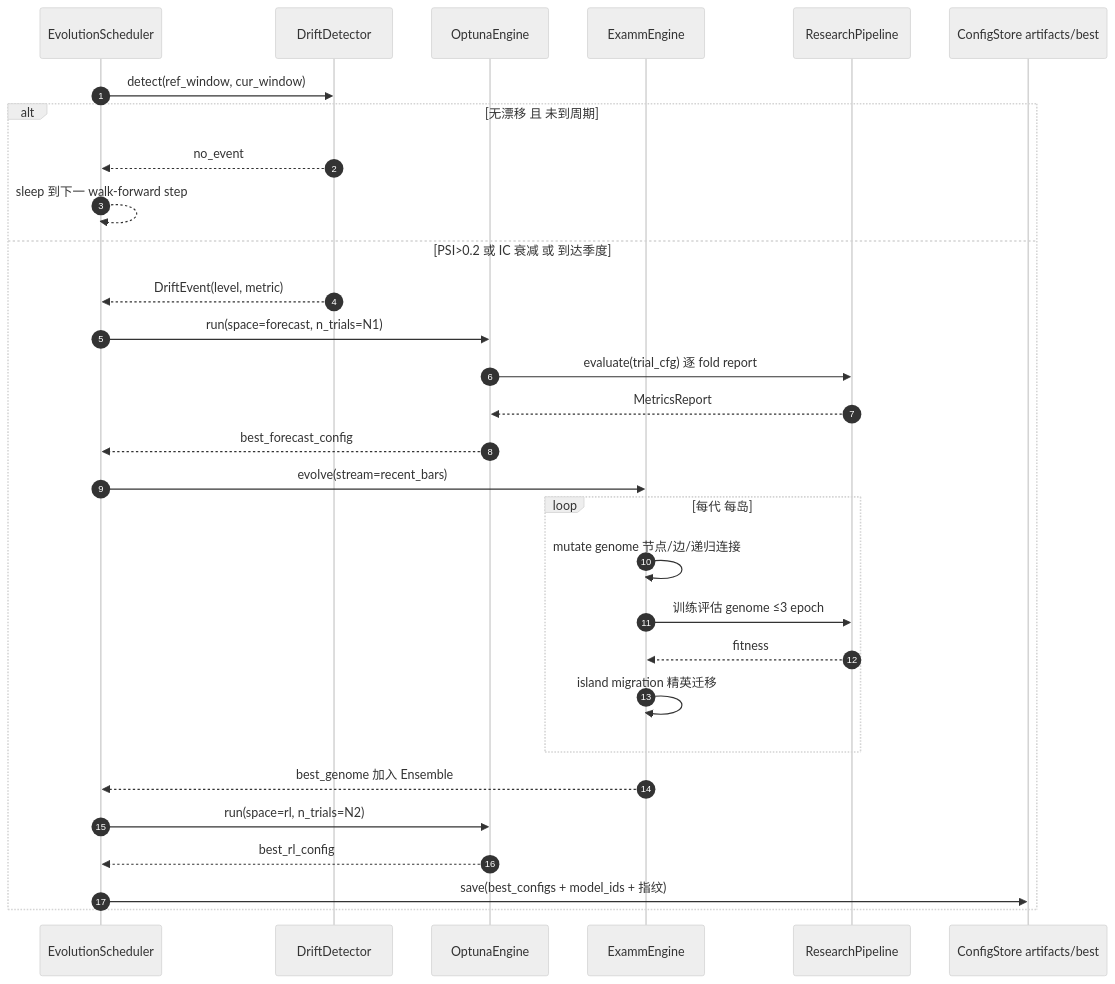
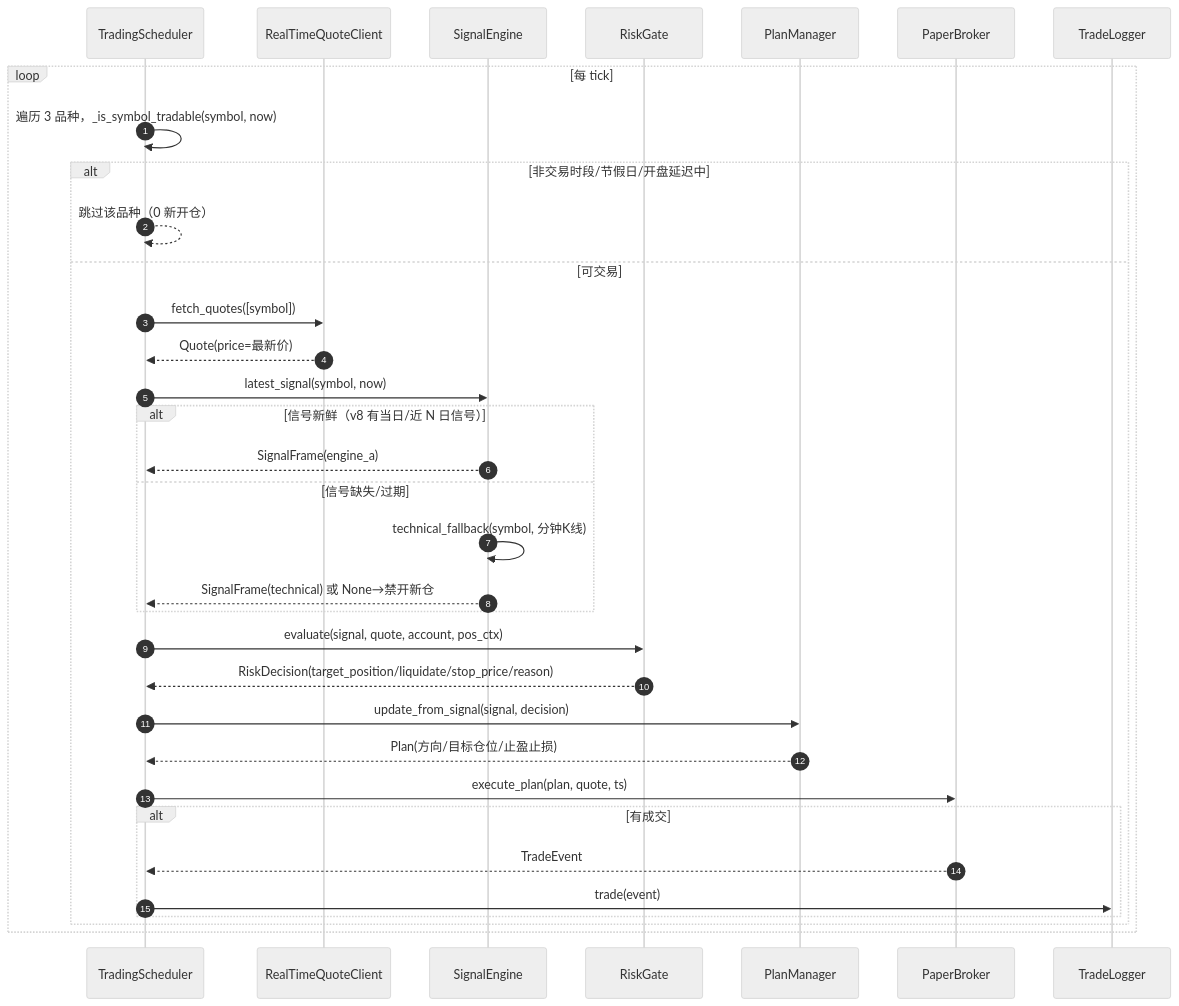
One commit to cloudhu/HexBroker changed the third of 5 diagrams in docs/system_design.md. Above: the diagram before and after it, drawn with Mermaid (neutral theme). The commit also changed other lines of this file and 21 other files, not shown here.

````diff
--- a/docs/system_design.md
+++ b/docs/system_design.md
@@ -1057,33 +340,37 @@
 ```mermaid
 sequenceDiagram
     autonumber
-    participant SC as EvolutionScheduler
-    participant DD as DriftDetector
-    participant OE as OptunaEngine
-    participant EE as ExammEngine
-    participant P as ResearchPipeline
-    participant CFGS as ConfigStore artifacts/best
+    participant S as TradingScheduler
+    participant Q as RealTimeQuoteClient
+    participant SE as SignalEngine
+    participant RG as RiskGate
+    participant PM as PlanManager
+    participant PB as PaperBroker
+    participant TL as TradeLogger
 
-    SC->>DD: detect(ref_window, cur_window)
-    alt 无漂移 且 未到周期
-        DD-->>SC: no_event
-        SC-->>SC: sleep 到下一 walk-forward step
-    else PSI>0.2 或 IC 衰减 或 到达季度
-        DD-->>SC: DriftEvent(level, metric)
-        SC->>OE: run(space=forecast, n_trials=N1)
-        OE->>P: evaluate(trial_cfg) 逐 fold report
-        P-->>OE: MetricsReport
-        OE-->>SC: best_forecast_config
-        SC->>EE: evolve(stream=recent_bars)
-        loop 每代 每岛
-            EE->>EE: mutate genome 节点/边/递归连接
-            EE->>P: 训练评估 genome ≤3 epoch
-            P-->>EE: fitness
-            EE->>EE: island migration 精英迁移
+    loop 每 tick
+        S->>S: 遍历 3 品种，_is_symbol_tradable(symbol, now)
+        alt 非交易时段/节假日/开盘延迟中
+            S-->>S: 跳过该品种（0 新开仓）
+        else 可交易
+            S->>Q: fetch_quotes([symbol])
+            Q-->>S: Quote(price=最新价)
+            S->>SE: latest_signal(symbol, now)
+            alt 信号新鲜（v8 有当日/近 N 日信号）
+                SE-->>S: SignalFrame(engine_a)
+            else 信号缺失/过期
+                SE->>SE: technical_fallback(symbol, 分钟K线)
+                SE-->>S: SignalFrame(technical) 或 None→禁开新仓
+            end
+            S->>RG: evaluate(signal, quote, account, pos_ctx)
+            RG-->>S: RiskDecision(target_position/liquidate/stop_price/reason)
+            S->>PM: update_from_signal(signal, decision)
+            PM-->>S: Plan(方向/目标仓位/止盈止损)
+            S->>PB: execute_plan(plan, quote, ts)
+            alt 有成交
+                PB-->>S: TradeEvent
+                S->>TL: trade(event)   # 文件+stdout 输出 5 要素
+            end
         end
-        EE-->>SC: best_genome 加入 Ensemble
-        SC->>OE: run(space=rl, n_trials=N2)
-        OE-->>SC: best_rl_config
-        SC->>CFGS: save(best_configs + model_ids + 指纹)
     end
 ```
````
